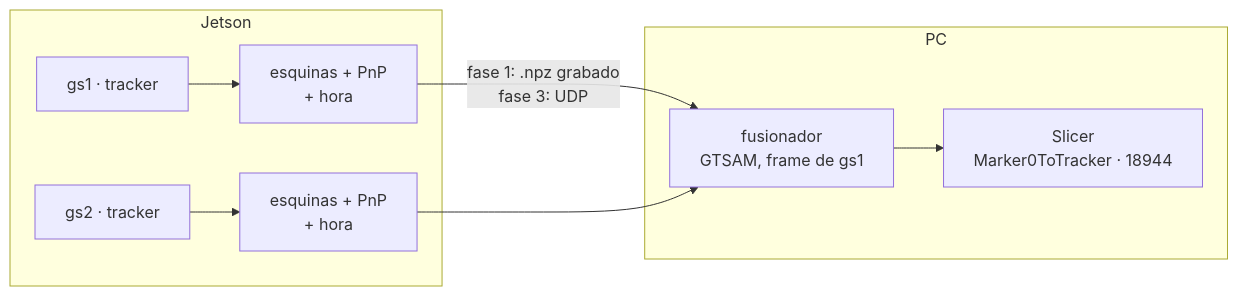
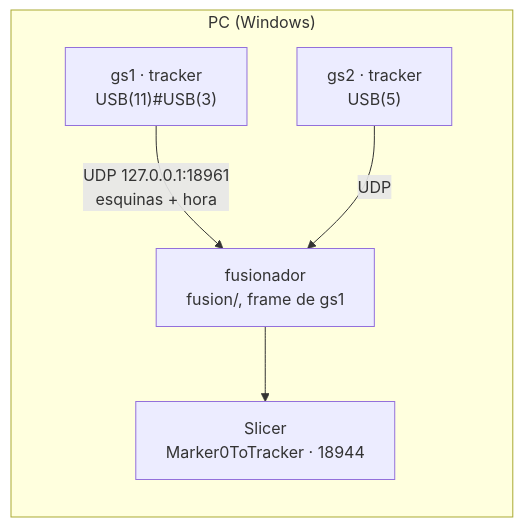
One commit to chuyAguilar/PoyectoNavegacion changed the diagram in specs/006-grafo-factores/plan.md. Above: the diagram before and after it, drawn with Mermaid. The commit also changed other lines of this file and 4 other files, not shown here.

````diff
--- a/specs/006-grafo-factores/plan.md
+++ b/specs/006-grafo-factores/plan.md
@@ -30,12 +41,8 @@
 ```mermaid
 flowchart LR
-    subgraph J["Jetson"]
-        G1["gs1 · tracker"] --> E1["esquinas + PnP<br/>+ hora"]
-        G2["gs2 · tracker"] --> E2["esquinas + PnP<br/>+ hora"]
+    subgraph PC["PC (Windows)"]
+        G1["gs1 · tracker<br/>USB(11)#USB(3)"] -->|"UDP 127.0.0.1:18961<br/>esquinas + hora"| F
+        G2["gs2 · tracker<br/>USB(5)"] -->|"UDP"| F
+        F["fusionador<br/>fusion/, frame de gs1"] --> S["Slicer<br/>Marker0ToTracker · 18944"]
     end
-    subgraph PC["PC"]
-        F["fusionador<br/>GTSAM, frame de gs1"] --> S["Slicer<br/>Marker0ToTracker · 18944"]
-    end
-    E1 -->|"fase 1: .npz grabado<br/>fase 3: UDP"| F
-    E2 --> F
 ```
````
